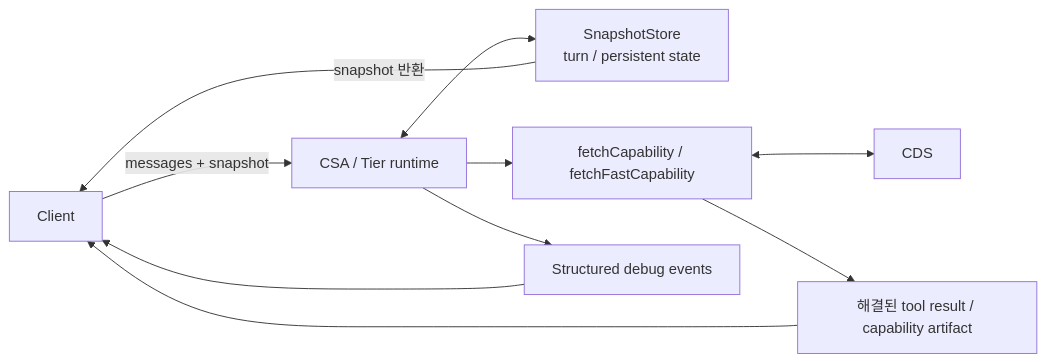
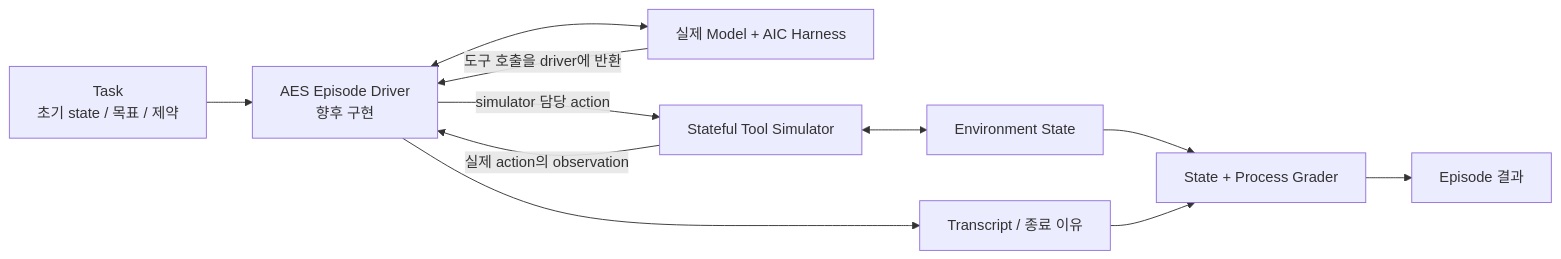
Before and after one commit to jwlee3746/jwlee3746.github.io: the ninth of 12 diagrams in docs/aic-evolution-and-evaluator.md, drawn with Mermaid. The commit also changed other lines of this file and 1 other file, not shown here.

Commit message:
docs: trace evaluation evolution toward hybrid AES

````diff
--- a/docs/aic-evolution-and-evaluator.md
+++ b/docs/aic-evolution-and-evaluator.md
@@ -276,12 +258,13 @@
 ```mermaid
 flowchart LR
-    C["Client"] -->|"messages + snapshot"| A["CSA / Tier runtime"]
-    A <--> Store["SnapshotStore<br/>turn / persistent state"]
-    A --> Fetch["fetchCapability / fetchFastCapability"]
-    Fetch <--> CDS["CDS"]
-    Fetch --> Result["해결된 tool result / capability artifact"]
-    Result --> C
-    Store -->|"snapshot 반환"| C
-    A --> Debug["Structured debug events"]
-    Debug --> C
+    Task["Task<br/>초기 state / 목표 / 제약"] --> Driver["AES Episode Driver<br/>향후 구현"]
+    Driver <--> AIC["실제 Model + AIC Harness"]
+    AIC -->|"도구 호출을 driver에 반환"| Driver
+    Driver -->|"simulator 담당 action"| Sim["Stateful Tool Simulator"]
+    Sim <--> State["Environment State"]
+    Sim -->|"실제 action의 observation"| Driver
+    Driver --> Trace["Transcript / 종료 이유"]
+    State --> G["State + Process Grader"]
+    Trace --> G
+    G --> Outcome["Episode 결과"]
 ```
````
